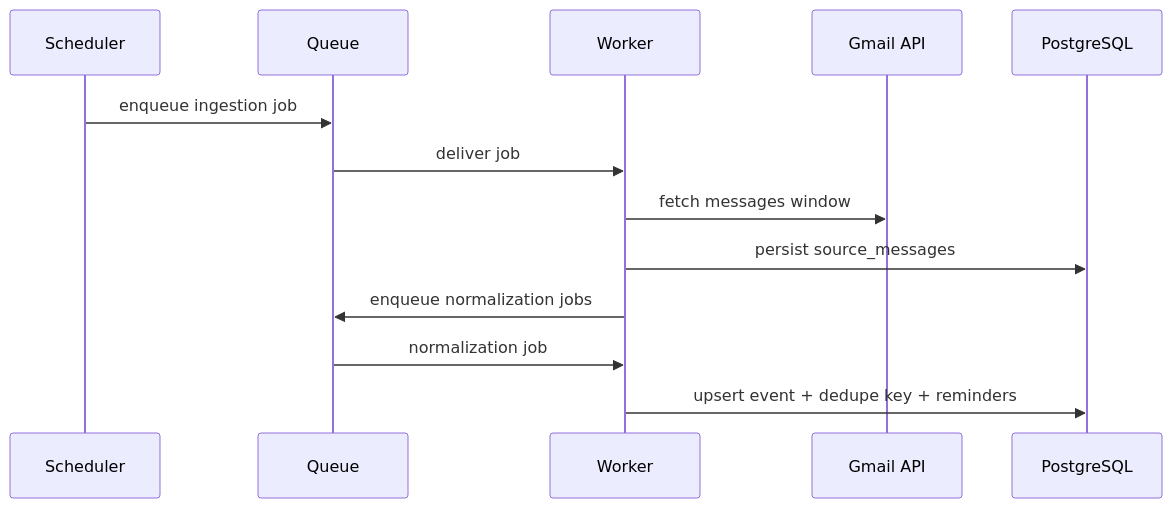
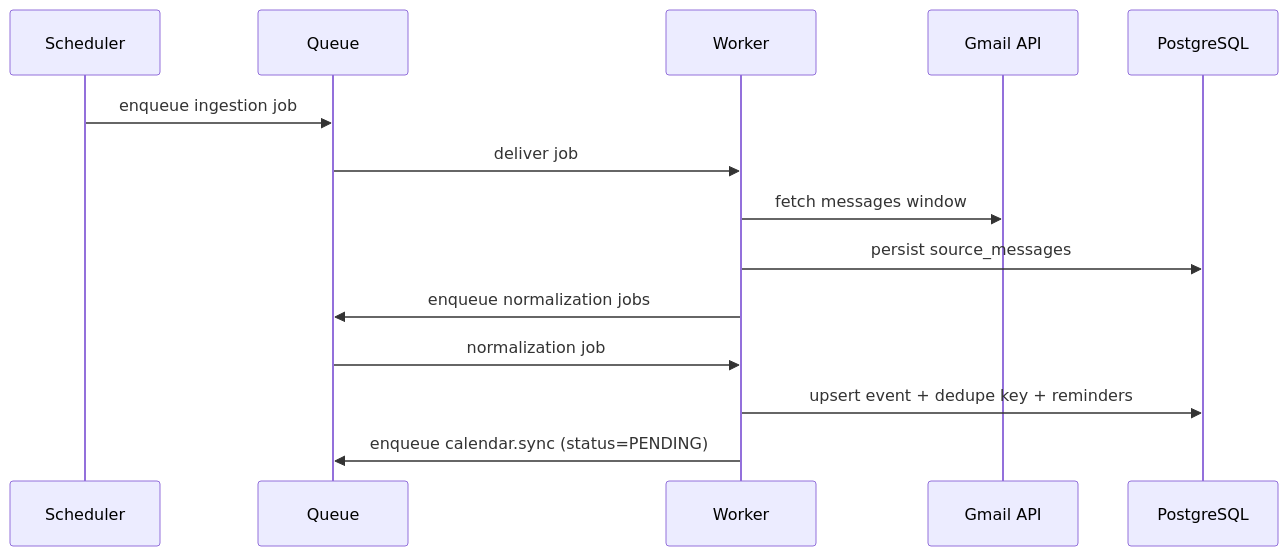
The fourth of 7 diagrams in docs/01-tech-spec/diagrams/sequence-diagram-placeholders.md (Amal-Makwana/PersonalAssistant), drawn with Mermaid before and after one commit. The commit also changed other lines of this file and 12 other files, not shown here.

````diff
--- a/docs/01-tech-spec/diagrams/sequence-diagram-placeholders.md
+++ b/docs/01-tech-spec/diagrams/sequence-diagram-placeholders.md
@@ -55,16 +55,17 @@
 ```mermaid
 sequenceDiagram
   participant SCH as Scheduler
   participant Q as Queue
   participant WK as Worker
   participant GM as Gmail API
   participant DB as PostgreSQL
 
   SCH->>Q: enqueue ingestion job
   Q->>WK: deliver job
   WK->>GM: fetch messages window
   WK->>DB: persist source_messages
   WK->>Q: enqueue normalization jobs
   Q->>WK: normalization job
   WK->>DB: upsert event + dedupe key + reminders
+  WK->>Q: enqueue calendar.sync (status=PENDING)
 ```
````
